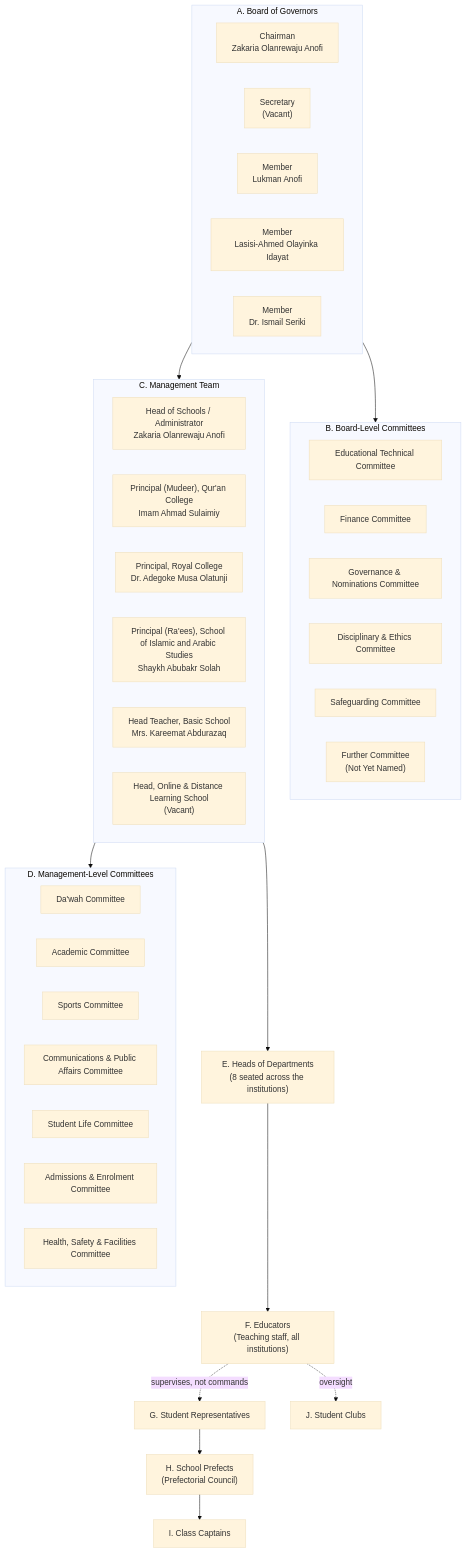
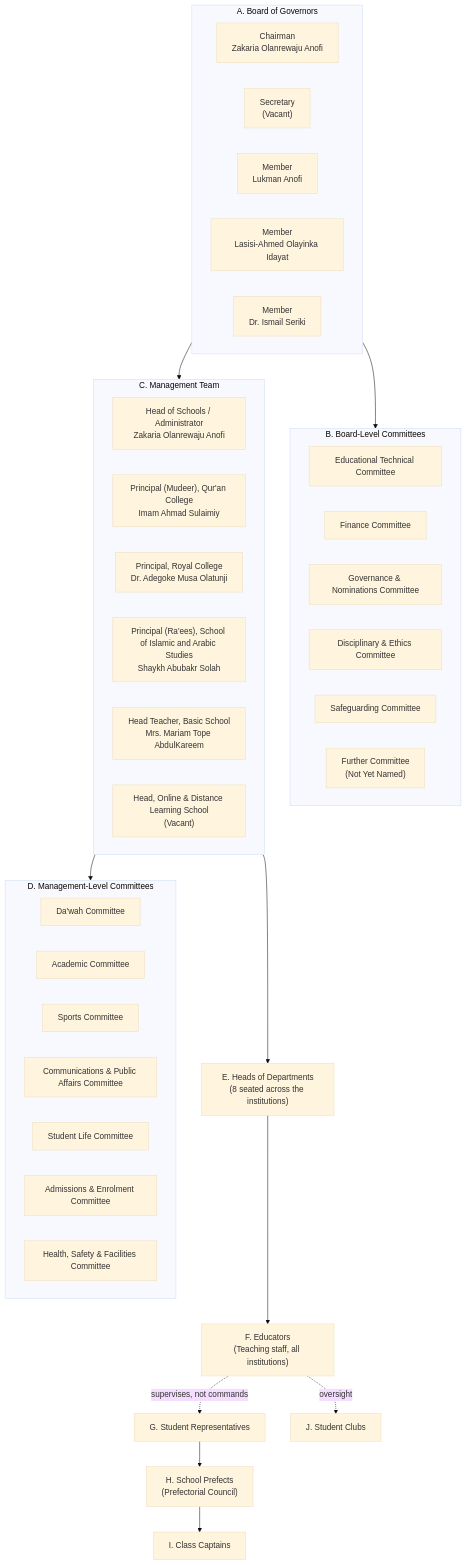
One commit to ahmadsulaimiy1/Sultan- changed the first of 4 diagrams in docs/organisational-structure-manual.md. Above: the diagram before and after it, drawn with Mermaid (base theme). The commit also changed other lines of this file and 23 other files, not shown here.

````diff
--- a/docs/organisational-structure-manual.md
+++ b/docs/organisational-structure-manual.md
@@ -64,55 +64,55 @@
 ```mermaid
 flowchart TD
   subgraph A["A. Board of Governors"]
     A_Chair["Chairman<br/>Zakaria Olanrewaju Anofi"]
     A_Sec["Secretary<br/>(Vacant)"]
     A_M1["Member<br/>Lukman Anofi"]
     A_M2["Member<br/>Lasisi-Ahmed Olayinka Idayat"]
     A_M3["Member<br/>Dr. Ismail Seriki"]
   end
 
   subgraph B["B. Board-Level Committees"]
     B_ETC["Educational Technical Committee"]
     B_FC["Finance Committee"]
     B_GN["Governance & Nominations Committee"]
     B_DE["Disciplinary & Ethics Committee"]
     B_SG["Safeguarding Committee"]
     B_TBD["Further Committee<br/>(Not Yet Named)"]
   end
 
   subgraph C["C. Management Team"]
     C_HoS["Head of Schools / Administrator<br/>Zakaria Olanrewaju Anofi"]
     C_P1["Principal (Mudeer), Qur'an College<br/>Imam Ahmad Sulaimiy"]
     C_P2["Principal, Royal College<br/>Dr. Adegoke Musa Olatunji"]
     C_P3["Principal (Ra'ees), School of Islamic and Arabic Studies<br/>Shaykh Abubakr Solah"]
-    C_HT["Head Teacher, Basic School<br/>Mrs. Kareemat Abdurazaq"]
+    C_HT["Head Teacher, Basic School<br/>Mrs. Mariam Tope AbdulKareem"]
     C_P5["Head, Online &amp; Distance Learning School<br/>(Vacant)"]
   end
 
   subgraph D["D. Management-Level Committees"]
     D_DW["Da'wah Committee"]
     D_AC["Academic Committee"]
     D_SP["Sports Committee"]
     D_CPA["Communications & Public Affairs Committee"]
     D_SL["Student Life Committee"]
     D_AE["Admissions & Enrolment Committee"]
     D_HSF["Health, Safety & Facilities Committee"]
   end
 
   E["E. Heads of Departments<br/>(8 seated across the institutions)"]
   F["F. Educators<br/>(Teaching staff, all institutions)"]
   G["G. Student Representatives"]
   H["H. School Prefects<br/>(Prefectorial Council)"]
   I["I. Class Captains"]
   J["J. Student Clubs"]
 
   A --> B
   A --> C
   C --> D
   C --> E
   E --> F
   F -.supervises, not commands.-> G
   G --> H
   H --> I
   F -.oversight.-> J
 ```
````
